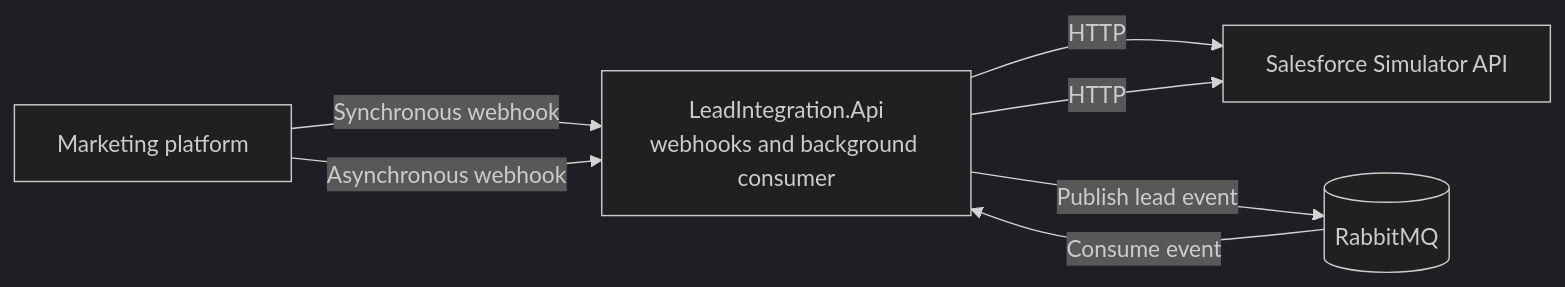
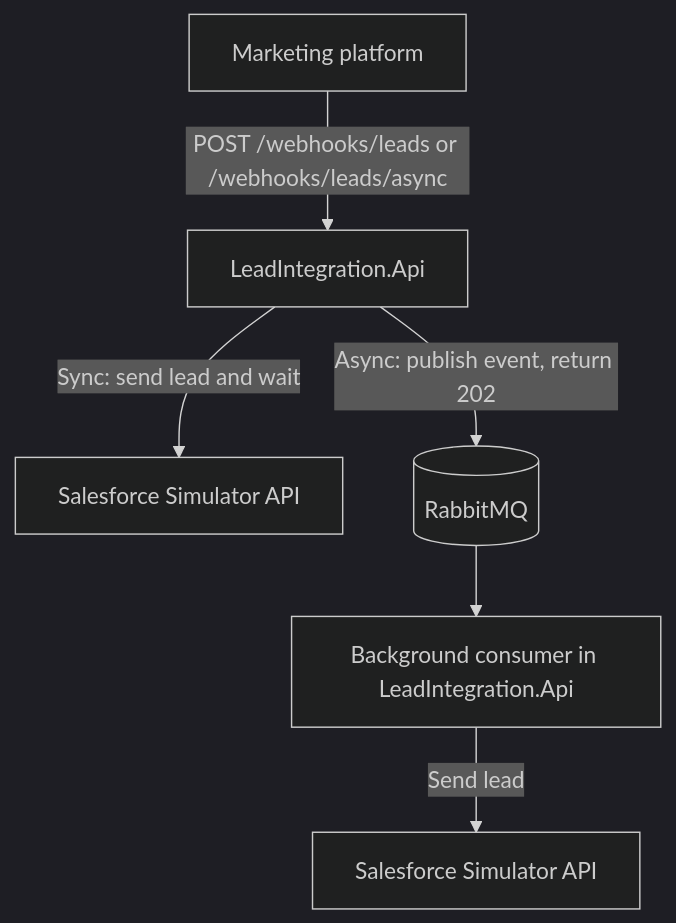
Before and after one commit to Amby-git/webhook-testing-integ: the diagram in README.md, drawn with Mermaid (dark theme). The commit also changed other lines of this file, not shown here.

Commit message:
redmi file fix

````diff
--- a/README.md
+++ b/README.md
@@ -16,15 +18,8 @@
 ```mermaid
-flowchart LR
-    Marketing[Marketing platform]
-    Integration[LeadIntegration.Api<br/>webhooks and background consumer]
-    RabbitMQ[(RabbitMQ)]
-    Salesforce[Salesforce Simulator API]
-
-    Marketing -->|Synchronous webhook| Integration
-    Integration -->|HTTP| Salesforce
-
-    Marketing -->|Asynchronous webhook| Integration
-    Integration -->|Publish lead event| RabbitMQ
-    RabbitMQ -->|Consume event| Integration
-    Integration -->|HTTP| Salesforce
+flowchart TB
+    Marketing[Marketing platform] -->|POST /webhooks/leads or /webhooks/leads/async| API[LeadIntegration.Api]
+    API -->|Sync: send lead and wait| SyncCRM[Salesforce Simulator API]
+    API -->|Async: publish event, return 202| Rabbit[(RabbitMQ)]
+    Rabbit --> Consumer[Background consumer in LeadIntegration.Api]
+    Consumer -->|Send lead| AsyncCRM[Salesforce Simulator API]
 ```
````
